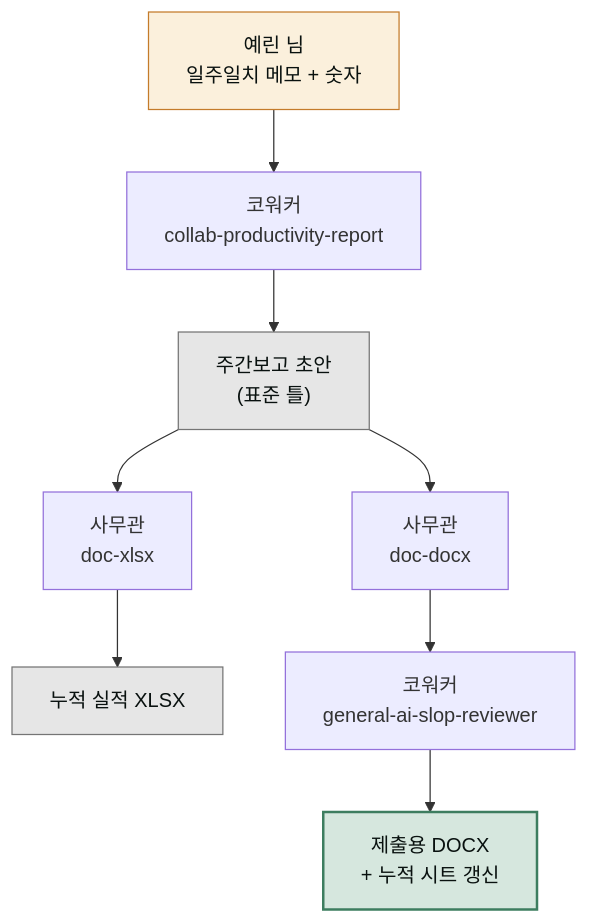
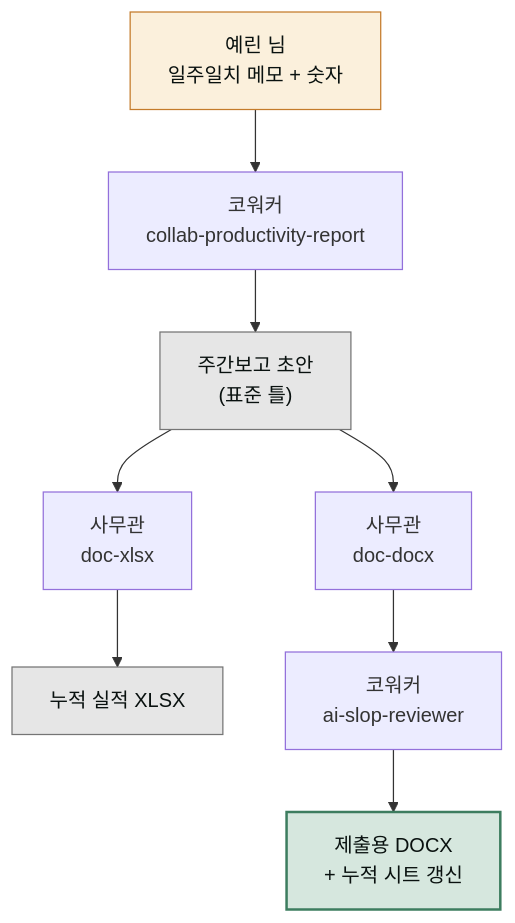
One commit to modu-ai/cowork-plugins changed the diagram in www/content/cookbook/projects/weekly-report-routine.md. Above: the diagram before and after it, drawn with Mermaid. The commit also changed other lines of this file and 270 other files, not shown here.

````diff
--- a/www/content/cookbook/projects/weekly-report-routine.md
+++ b/www/content/cookbook/projects/weekly-report-routine.md
@@ -52,15 +52,15 @@
 ```mermaid
 flowchart TD
    U["예린 님<br/>일주일치 메모 + 숫자"] --> W1["코워커<br/>collab-productivity-report"]
    W1 --> R1["주간보고 초안<br/>(표준 틀)"]
    R1 --> O1["사무관<br/>doc-xlsx"]
    O1 --> R2["누적 실적 XLSX"]
    R1 --> O2["사무관<br/>doc-docx"]
-   O2 --> W2["코워커<br/>general-ai-slop-reviewer"]
+   O2 --> W2["코워커<br/>ai-slop-reviewer"]
    W2 --> OUT["제출용 DOCX<br/>+ 누적 시트 갱신"]
 
    style U fill:#fbf0dc,stroke:#c47b2a,color:#09110f
    style R1 fill:#e6e6e6,stroke:#757575,color:#09110f
    style R2 fill:#e6e6e6,stroke:#757575,color:#09110f
    style OUT fill:#d6e7de,stroke:#3d7d5f,stroke-width:2px,color:#09110f
 ```
````
